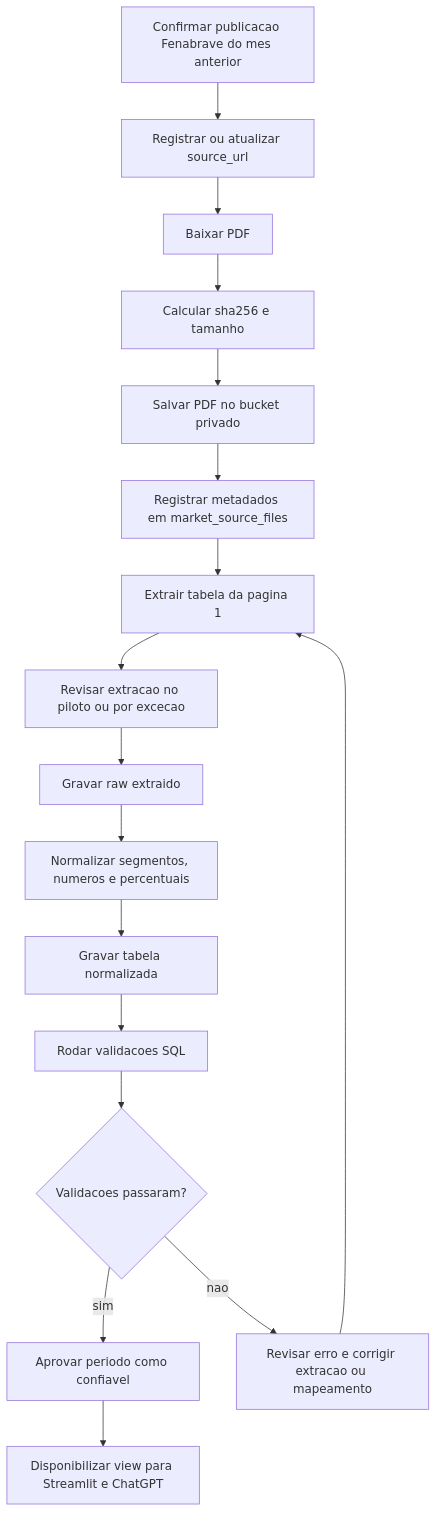
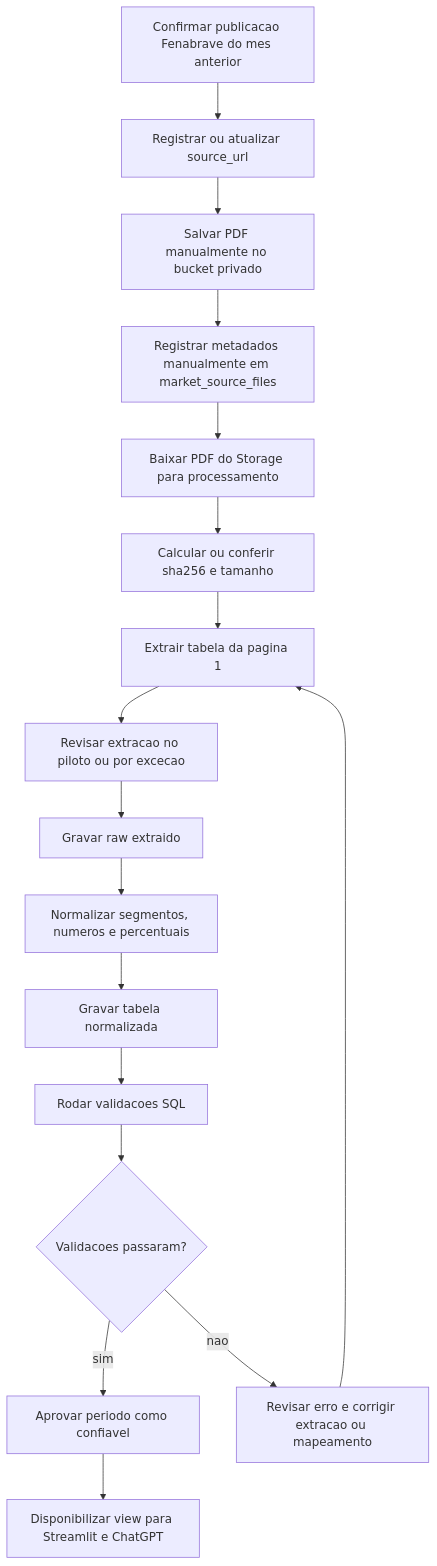
The diagram in sql/docs/23_FENABRAVE_PHASE1_INGESTION_SPEC.md (artamaral/social_media-analytics), drawn with Mermaid before and after one commit. The commit also changed other lines of this file, not shown here.

````diff
--- a/sql/docs/23_FENABRAVE_PHASE1_INGESTION_SPEC.md
+++ b/sql/docs/23_FENABRAVE_PHASE1_INGESTION_SPEC.md
@@ -112,23 +112,23 @@
 ```mermaid
 flowchart TD
   A["Confirmar publicacao Fenabrave do mes anterior"]
   B["Registrar ou atualizar source_url"]
-  C["Baixar PDF"]
-  D["Calcular sha256 e tamanho"]
-  E["Salvar PDF no bucket privado"]
-  F["Registrar metadados em market_source_files"]
+  C["Salvar PDF manualmente no bucket privado"]
+  D["Registrar metadados manualmente em market_source_files"]
+  E["Baixar PDF do Storage para processamento"]
+  F["Calcular ou conferir sha256 e tamanho"]
   G["Extrair tabela da pagina 1"]
   H["Revisar extracao no piloto ou por excecao"]
   I["Gravar raw extraido"]
   J["Normalizar segmentos, numeros e percentuais"]
   K["Gravar tabela normalizada"]
   L["Rodar validacoes SQL"]
   M{"Validacoes passaram?"}
   N["Aprovar periodo como confiavel"]
   O["Disponibilizar view para Streamlit e ChatGPT"]
   P["Revisar erro e corrigir extracao ou mapeamento"]
 
   A --> B --> C --> D --> E --> F --> G --> H --> I --> J --> K --> L --> M
   M -->|sim| N --> O
   M -->|nao| P --> G
 ```
````
